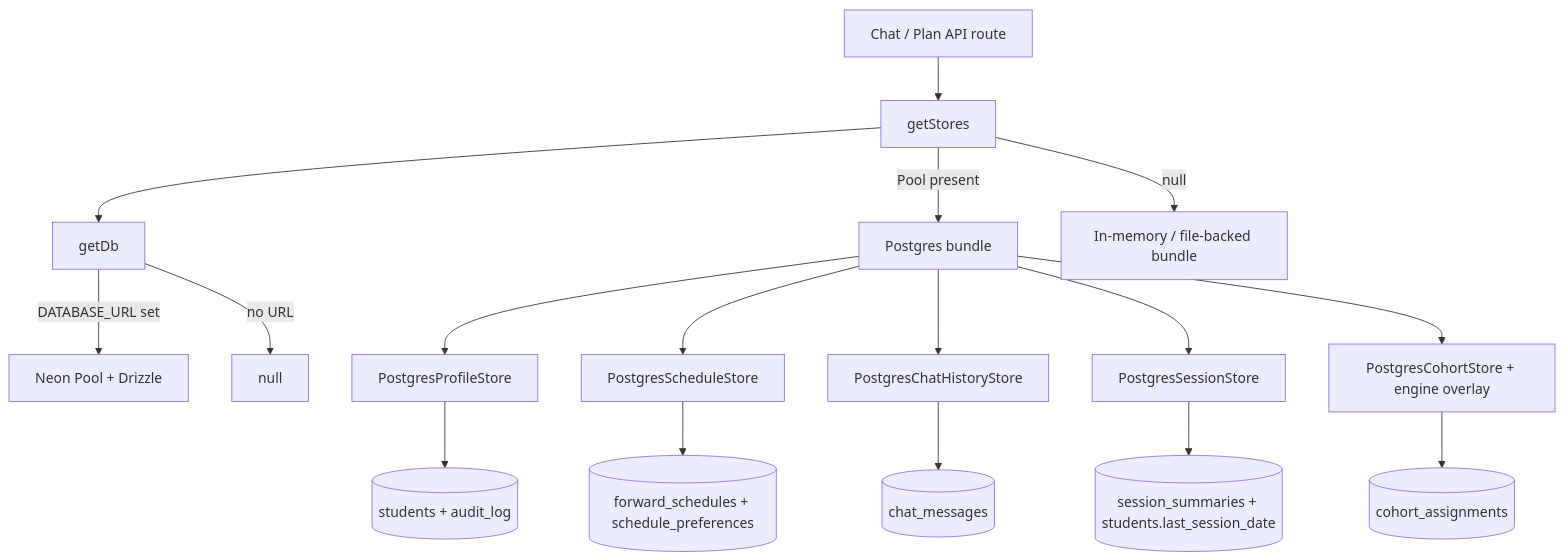
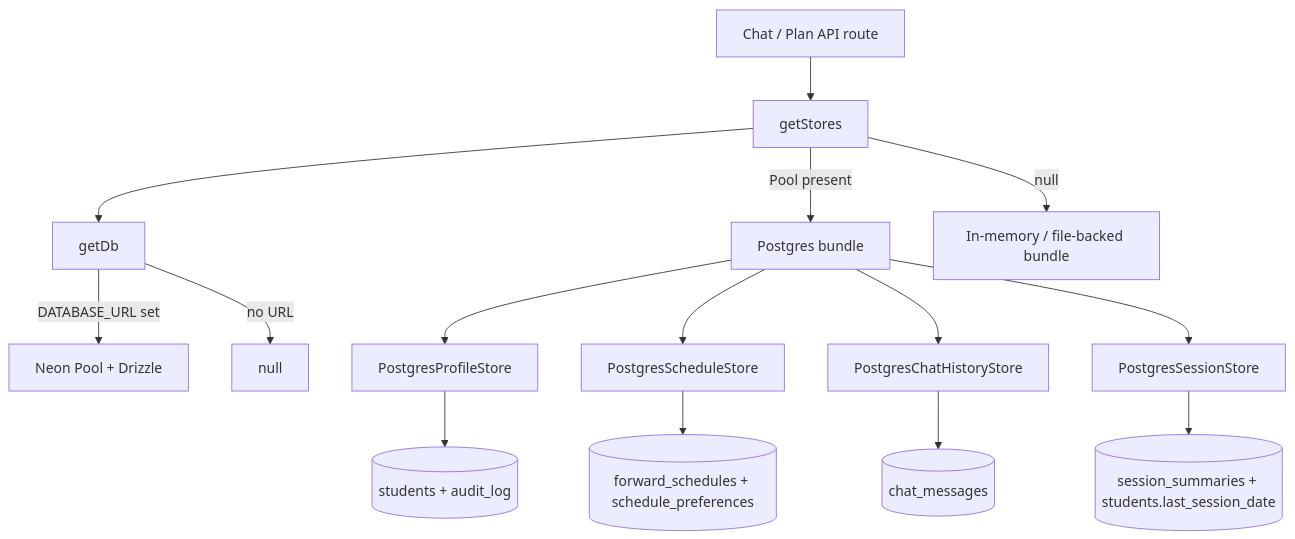
The second of 2 diagrams in Docs/current-system/web/db-and-stores.md (EdoardoMongardi/NYU_Path), drawn with Mermaid before and after one commit. The commit also changed other lines of this file and 24 other files, not shown here.

````diff
--- a/Docs/current-system/web/db-and-stores.md
+++ b/Docs/current-system/web/db-and-stores.md
@@ -263,19 +234,17 @@
 ```mermaid
 flowchart TD
     Route[Chat / Plan API route] --> Factory[getStores]
     Factory --> Client[getDb]
     Client -- DATABASE_URL set --> Pool[Neon Pool + Drizzle]
     Client -- no URL --> Null[null]
     Factory -- Pool present --> PG[Postgres bundle]
     Factory -- null --> InMem[In-memory / file-backed bundle]
     PG --> Profile[PostgresProfileStore]
     PG --> Schedule[PostgresScheduleStore]
     PG --> Chat[PostgresChatHistoryStore]
     PG --> Session[PostgresSessionStore]
-    PG --> Cohort[PostgresCohortStore + engine overlay]
     Profile --> Tables[(students + audit_log)]
     Schedule --> SchedT[(forward_schedules + schedule_preferences)]
     Chat --> ChatT[(chat_messages)]
     Session --> SessT[(session_summaries + students.last_session_date)]
-    Cohort --> CohortT[(cohort_assignments)]
 ```
````
